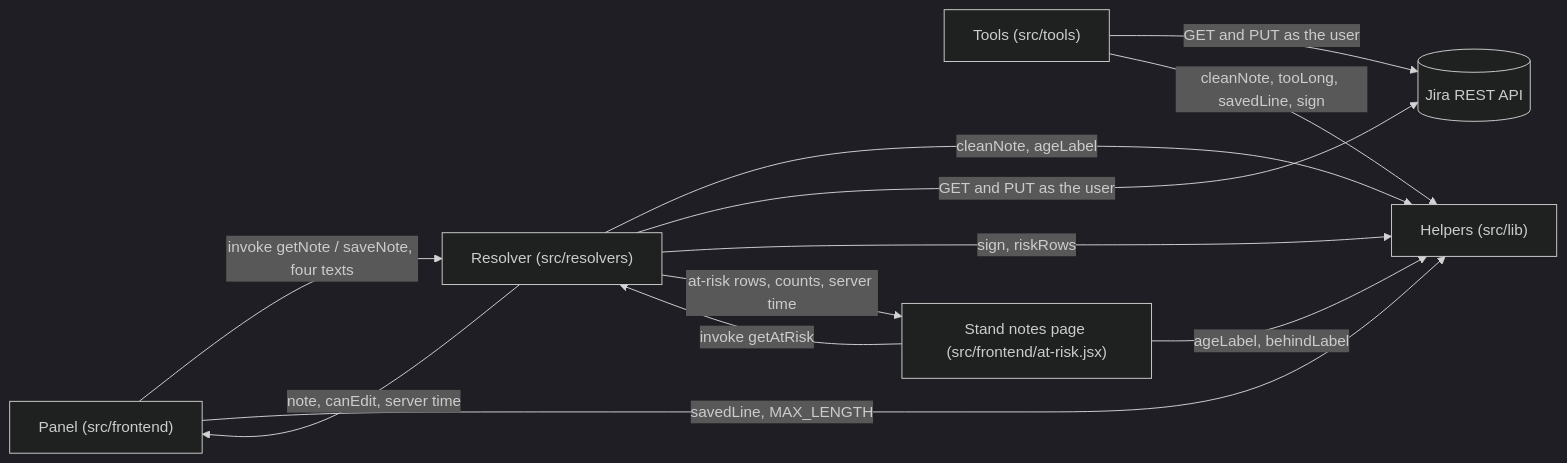
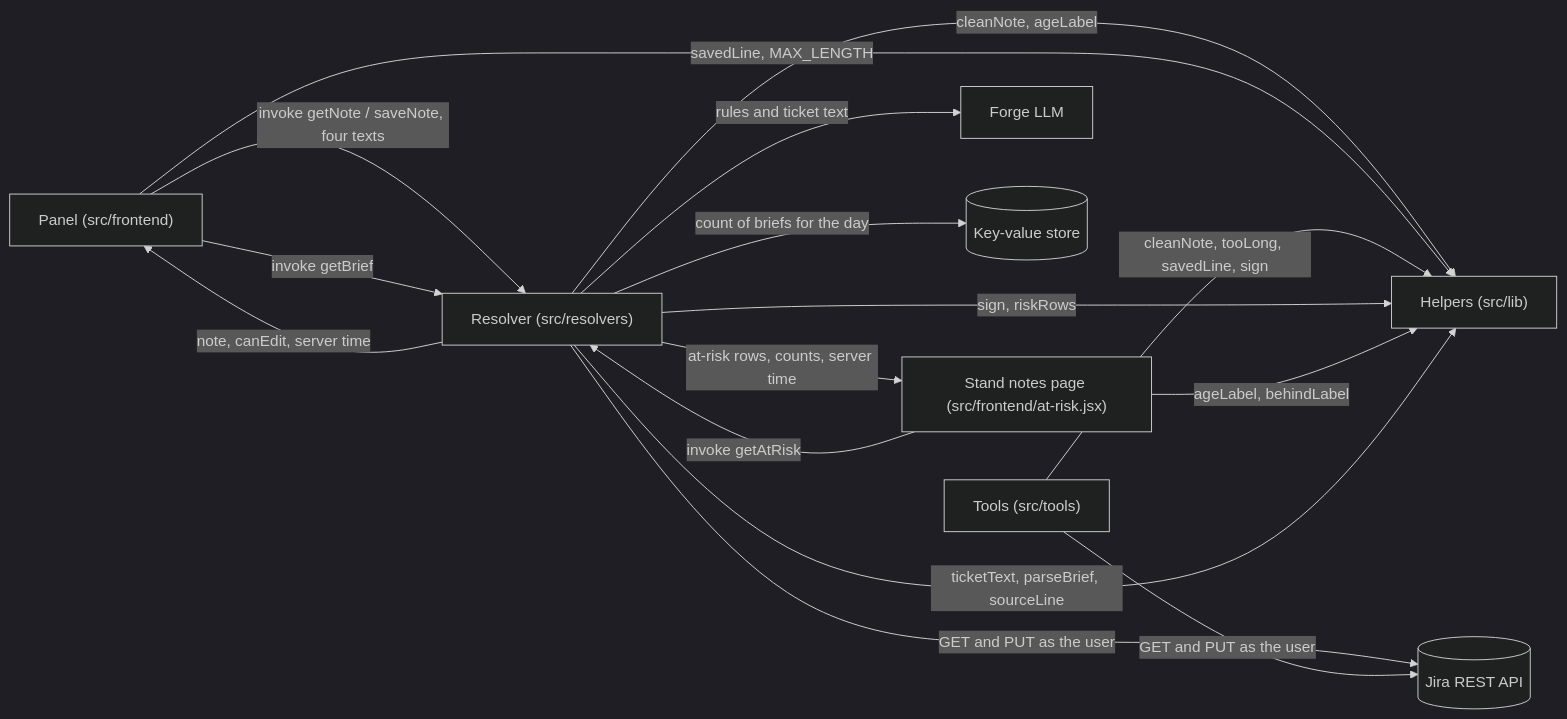
Before and after one commit to dzaffren/dogear: the second of 2 diagrams in docs/ARCHITECTURE.md, drawn with Mermaid (dark theme). The commit also changed other lines of this file and 20 other files, not shown here.

First line of the commit message:
feat(app): build a pick-up brief from Jira through Forge LLM (#4)

````diff
--- a/docs/ARCHITECTURE.md
+++ b/docs/ARCHITECTURE.md
@@ -20,14 +21,18 @@
 ```mermaid
 flowchart LR
     F["Panel (src/frontend)"] -- "invoke getNote / saveNote, four texts" --> R["Resolver (src/resolvers)"]
     R -- "note, canEdit, server time" --> F
     R -- "cleanNote, ageLabel" --> L["Helpers (src/lib)"]
     F -- "savedLine, MAX_LENGTH" --> L
     R -- "GET and PUT as the user" --> J[(Jira REST API)]
     T["Tools (src/tools)"] -- "GET and PUT as the user" --> J
     T -- "cleanNote, tooLong, savedLine, sign" --> L
     R -- "sign, riskRows" --> L
     PG["Stand notes page (src/frontend/at-risk.jsx)"] -- "invoke getAtRisk" --> R
     R -- "at-risk rows, counts, server time" --> PG
     PG -- "ageLabel, behindLabel" --> L
+    F -- "invoke getBrief" --> R
+    R -- "ticketText, parseBrief, sourceLine" --> L
+    R -- "rules and ticket text" --> LLM[Forge LLM]
+    R -- "count of briefs for the day" --> K[(Key-value store)]
 ```
````
